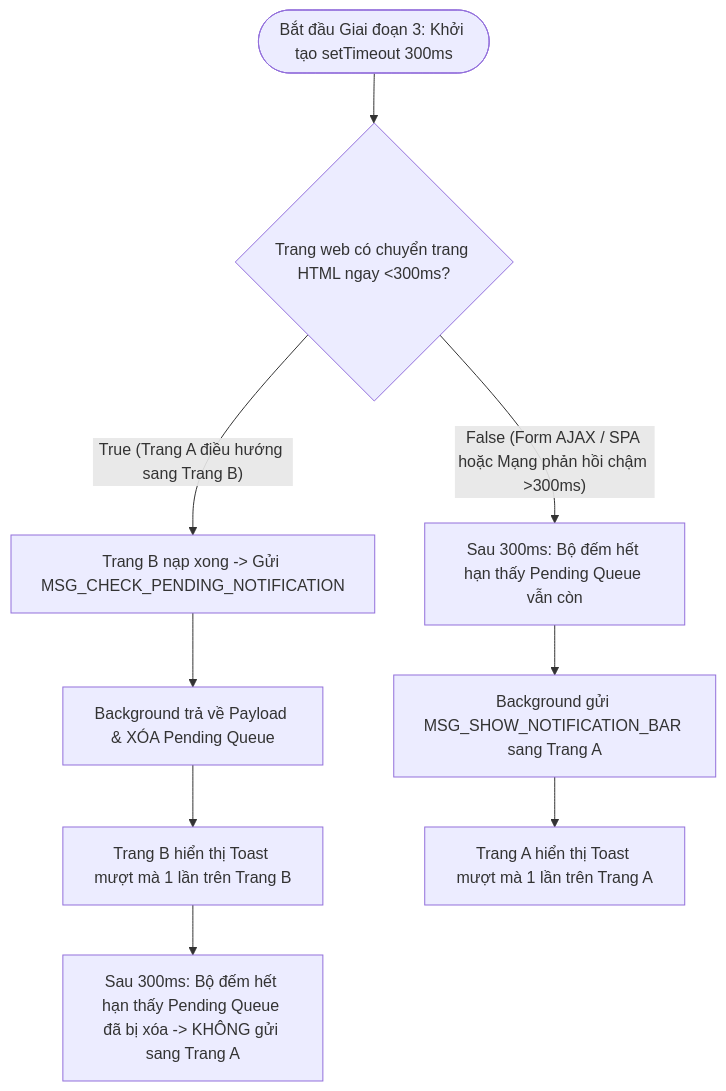
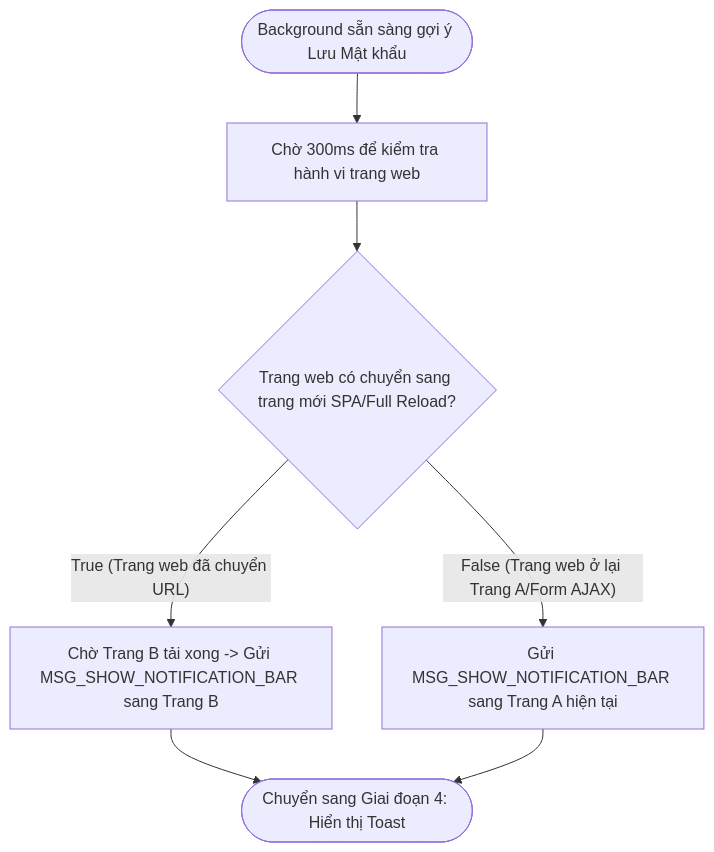
Before and after one commit to uongsuadaubung/gistwarden: the third of 4 diagrams in docs/features/password-save-suggestion.md, drawn with Mermaid. The commit also changed other lines of this file and 17 other files, not shown here.

````diff
--- a/docs/features/password-save-suggestion.md
+++ b/docs/features/password-save-suggestion.md
@@ -50,13 +56,12 @@
 ```mermaid
 flowchart TD
-    Phase3Start([Bắt đầu Giai đoạn 3: Khởi tạo setTimeout 300ms]) --> CheckNavFast{Trang web có chuyển trang HTML ngay <300ms?}
+    Phase3Start([Background sẵn sàng gợi ý Lưu Mật khẩu]) --> Delay300ms[Chờ 300ms để kiểm tra hành vi trang web]
     
-    CheckNavFast -- True (Trang A điều hướng sang Trang B) --> PageBCheck[Trang B nạp xong -> Gửi MSG_CHECK_PENDING_NOTIFICATION]
-    PageBCheck --> ConsumeQueue[Background trả về Payload & XÓA Pending Queue]
-    ConsumeQueue --> ShowToastPageB[Trang B hiển thị Toast mượt mà 1 lần trên Trang B]
-    ShowToastPageB --> Timer300msFast[Sau 300ms: Bộ đếm hết hạn thấy Pending Queue đã bị xóa -> KHÔNG gửi sang Trang A]
+    Delay300ms --> CheckNavigated{Trang web có chuyển sang trang mới SPA/Full Reload?}
     
-    CheckNavFast -- False (Form AJAX / SPA hoặc Mạng phản hồi chậm >300ms) --> Timer300msSlow[Sau 300ms: Bộ đếm hết hạn thấy Pending Queue vẫn còn]
-    Timer300msSlow --> SendShowMsgPageA[Background gửi MSG_SHOW_NOTIFICATION_BAR sang Trang A]
-    SendShowMsgPageA --> ShowToastPageA[Trang A hiển thị Toast mượt mà 1 lần trên Trang A]
+    CheckNavigated -- True (Trang web đã chuyển URL) --> WaitNewPageLoad[Chờ Trang B tải xong -> Gửi MSG_SHOW_NOTIFICATION_BAR sang Trang B]
+    CheckNavigated -- False (Trang web ở lại Trang A/Form AJAX) --> DirectSendMsg[Gửi MSG_SHOW_NOTIFICATION_BAR sang Trang A hiện tại]
+    
+    WaitNewPageLoad --> Phase3End([Chuyển sang Giai đoạn 4: Hiển thị Toast])
+    DirectSendMsg --> Phase3End
 ```
````
